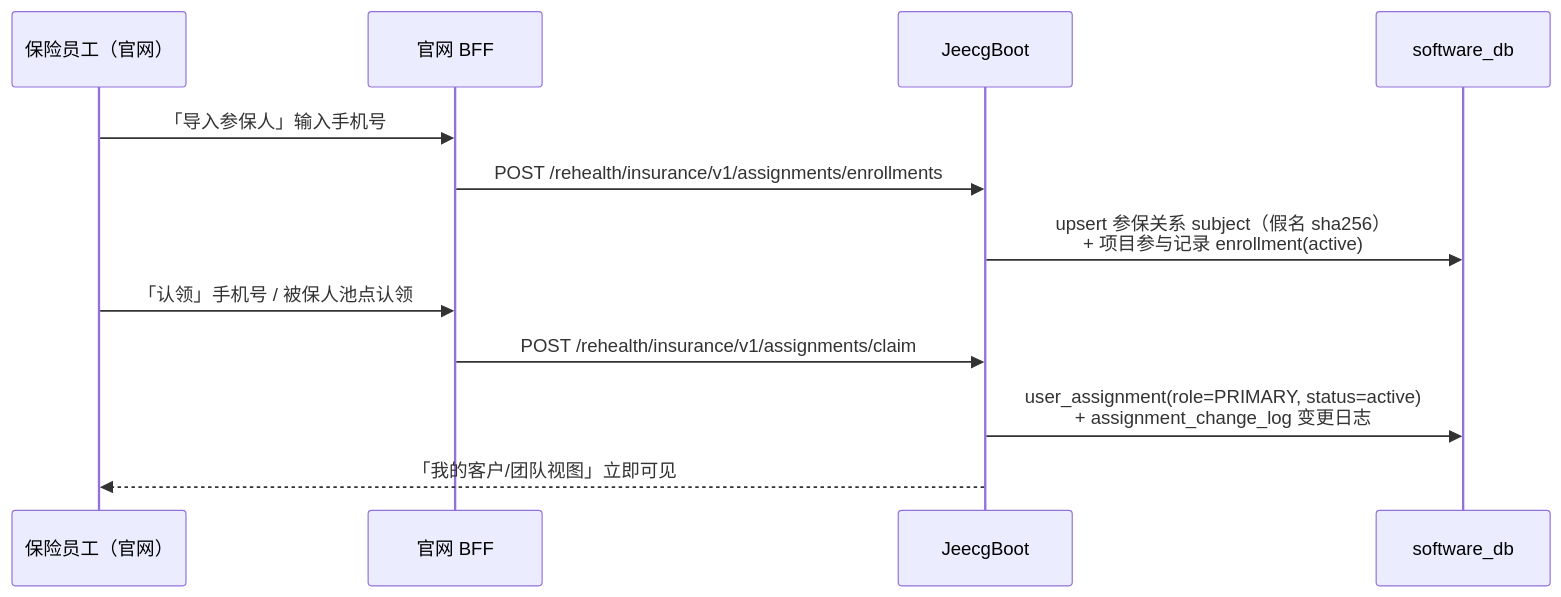
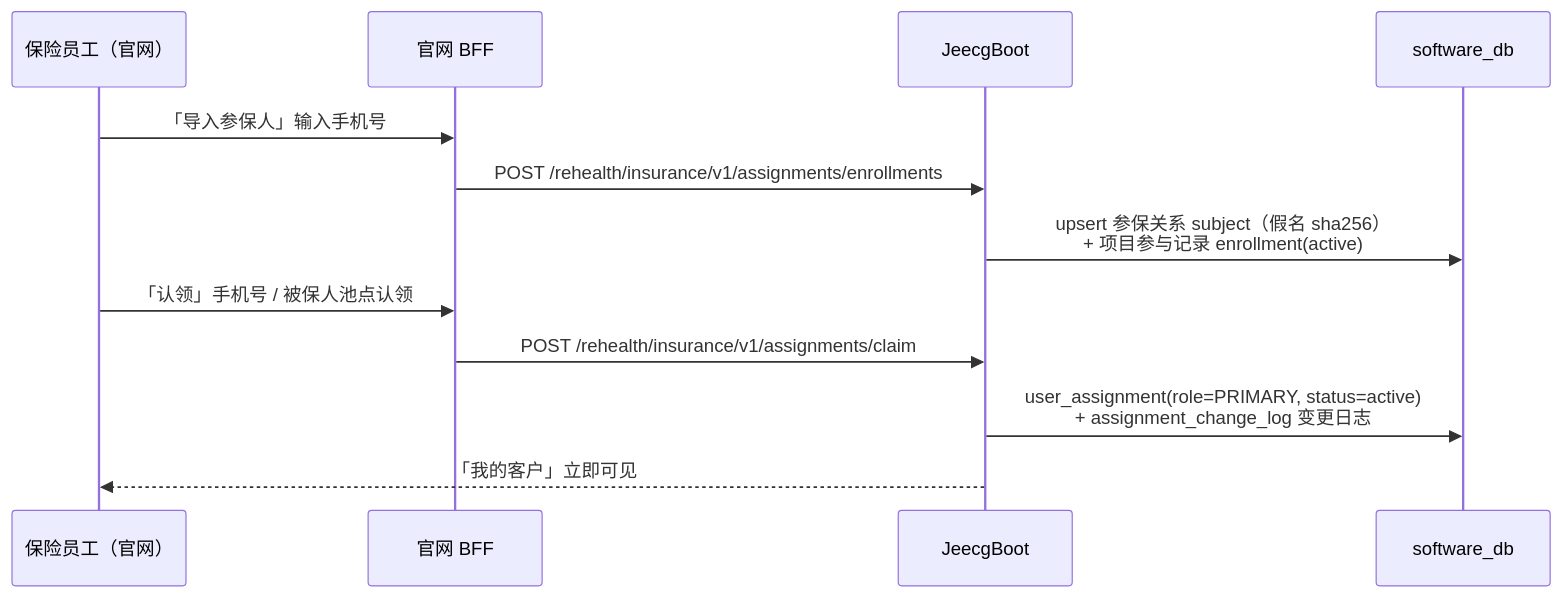
One commit to wjmlong/rehealth_tongbu changed the second of 7 diagrams in docs/保险侧认领到干预改善全链路.md. Above: the diagram before and after it, drawn with Mermaid. The commit also changed other lines of this file and 8 other files, not shown here.

First line of the commit message:
feat(insurance): 移除我的客户页团队视图

````diff
--- a/docs/保险侧认领到干预改善全链路.md
+++ b/docs/保险侧认领到干预改善全链路.md
@@ -22,14 +22,14 @@
 ```mermaid
 sequenceDiagram
     participant EMP as 保险员工（官网）
     participant BFF as 官网 BFF
     participant JEE as JeecgBoot
     participant DB as software_db
     EMP->>BFF: 「导入参保人」输入手机号
     BFF->>JEE: POST /rehealth/insurance/v1/assignments/enrollments
     JEE->>DB: upsert 参保关系 subject（假名 sha256）<br>+ 项目参与记录 enrollment(active)
     EMP->>BFF: 「认领」手机号 / 被保人池点认领
     BFF->>JEE: POST /rehealth/insurance/v1/assignments/claim
     JEE->>DB: user_assignment(role=PRIMARY, status=active)<br>+ assignment_change_log 变更日志
-    JEE-->>EMP: 「我的客户/团队视图」立即可见
+    JEE-->>EMP: 「我的客户」立即可见
 ```
````
